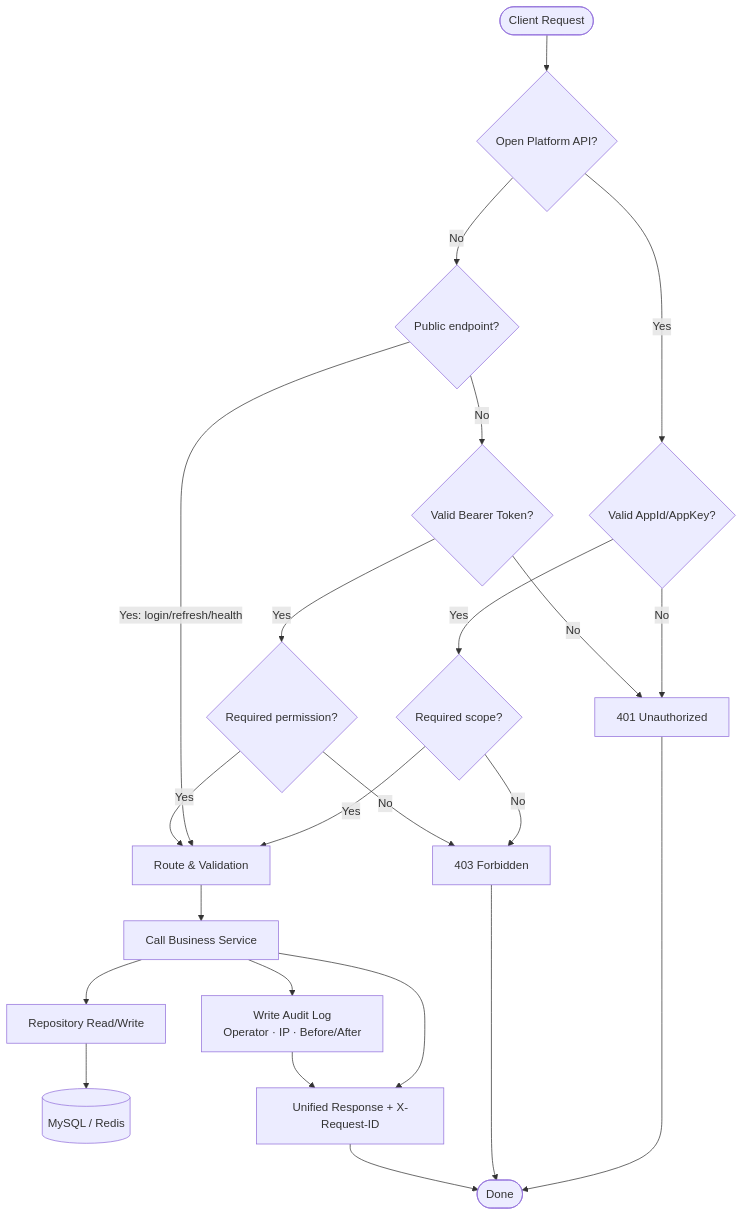
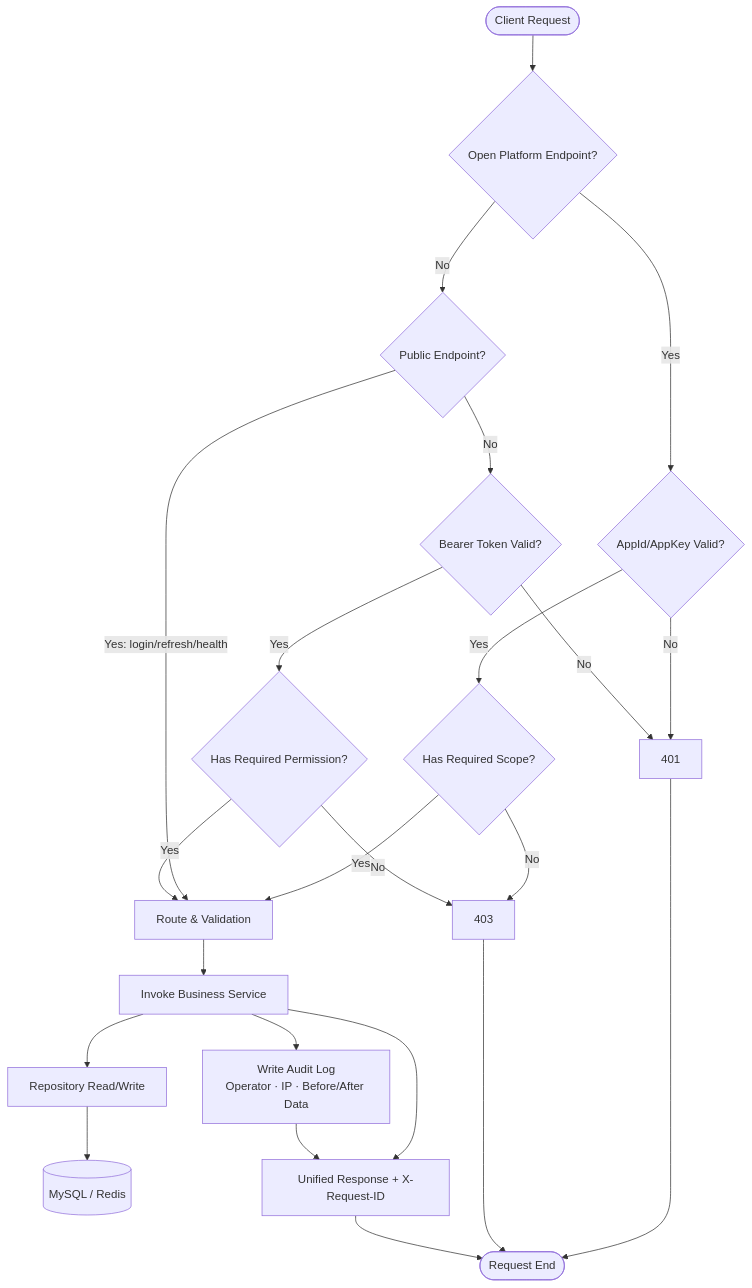
Before and after one commit to cross-lang/x-HanJiang: the second of 5 diagrams in server/README.en.md, drawn with Mermaid. The commit also changed other lines of this file and 156 other files, not shown here.

````diff
--- a/server/README.en.md
+++ b/server/README.en.md
@@ -272,26 +311,26 @@
 ```mermaid
 flowchart TD
-  Start([Client Request]) --> Open{Open Platform API?}
-  Open -->|Yes| AppKey{Valid AppId/AppKey?}
-  AppKey -->|No| Unauthorized[401 Unauthorized]
-  AppKey -->|Yes| Scope{Required scope?}
-  Scope -->|No| Forbidden[403 Forbidden]
+  Start([Client Request]) --> Open{Open Platform Endpoint?}
+  Open -->|Yes| AppKey{AppId/AppKey Valid?}
+  AppKey -->|No| Unauthorized[401]
+  AppKey -->|Yes| Scope{Has Required Scope?}
+  Scope -->|No| Forbidden[403]
   Scope -->|Yes| Route[Route & Validation]
-  Open -->|No| Public{Public endpoint?}
+  Open -->|No| Public{Public Endpoint?}
   Public -->|Yes: login/refresh/health| Route
-  Public -->|No| Token{Valid Bearer Token?}
+  Public -->|No| Token{Bearer Token Valid?}
   Token -->|No| Unauthorized
-  Token -->|Yes| Permission{Required permission?}
+  Token -->|Yes| Permission{Has Required Permission?}
   Permission -->|No| Forbidden
   Permission -->|Yes| Route
 
-  Route --> Service[Call Business Service]
+  Route --> Service[Invoke Business Service]
   Service --> Repository[Repository Read/Write]
   Repository --> Database[(MySQL / Redis)]
-  Service --> Audit[Write Audit Log<br/>Operator · IP · Before/After]
+  Service --> Audit[Write Audit Log<br/>Operator · IP · Before/After Data]
   Service --> Response[Unified Response + X-Request-ID]
   Audit --> Response
-  Unauthorized --> End([Done])
+  Unauthorized --> End([Request End])
   Forbidden --> End
   Response --> End
 ```
````
